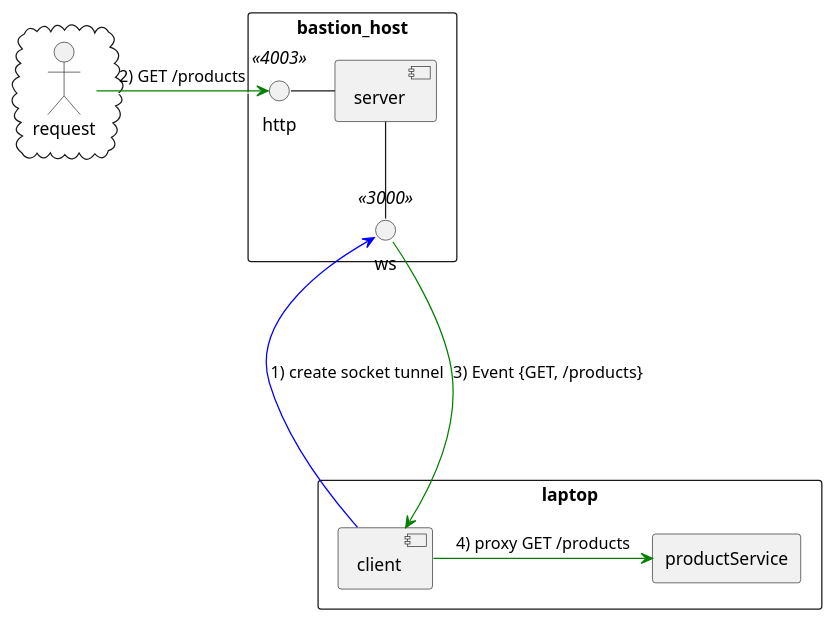
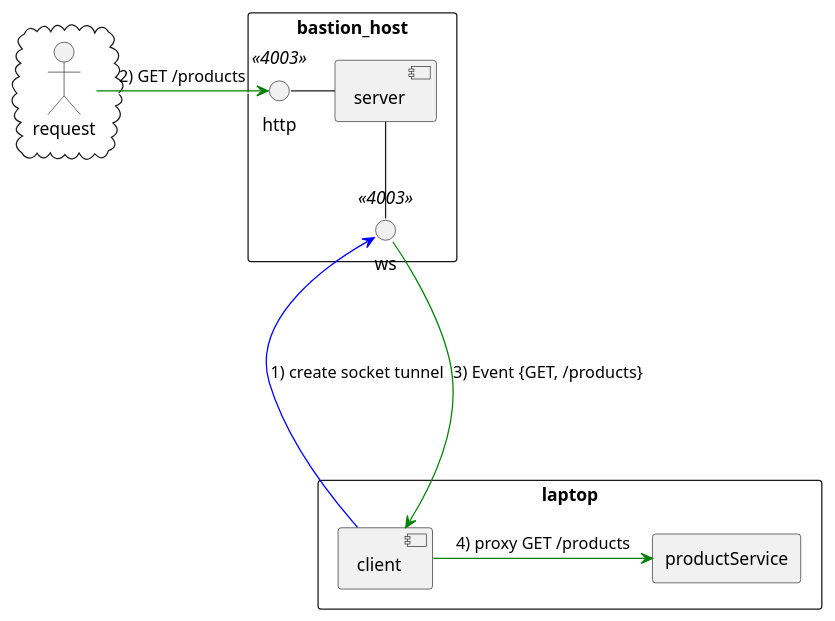
Before and after one commit to dipeshy/deu: the diagram in packages/subway/doc/design.md, drawn with PlantUML. The commit also changed other lines of this file and 3 other files, not shown here.

````diff
--- a/packages/subway/doc/design.md
+++ b/packages/subway/doc/design.md
@@ -5,30 +7,30 @@
 ```plantuml
-@startuml
+@startuml img/design.png
 
 
 rectangle bastion_host {
     component server
     interface http<<4003>>
-    interface ws<<3000>>
+    interface ws<<4003>>
 }
 
 rectangle laptop {
     component client
     agent productService
 }
 
 cloud {
     actor request
 }
 
 request -[#hidden]r- http
 http -r- server
 server -d- ws
 
 client --[#blue]u--> ws: 1) create socket tunnel
 request -[#green]r-> http: 2) GET /products
 ws -[#green]d--> client: 3) Event {GET, /products}
 client -[#green]r-> productService: 4) proxy GET /products
 
 @enduml
 ```
````
